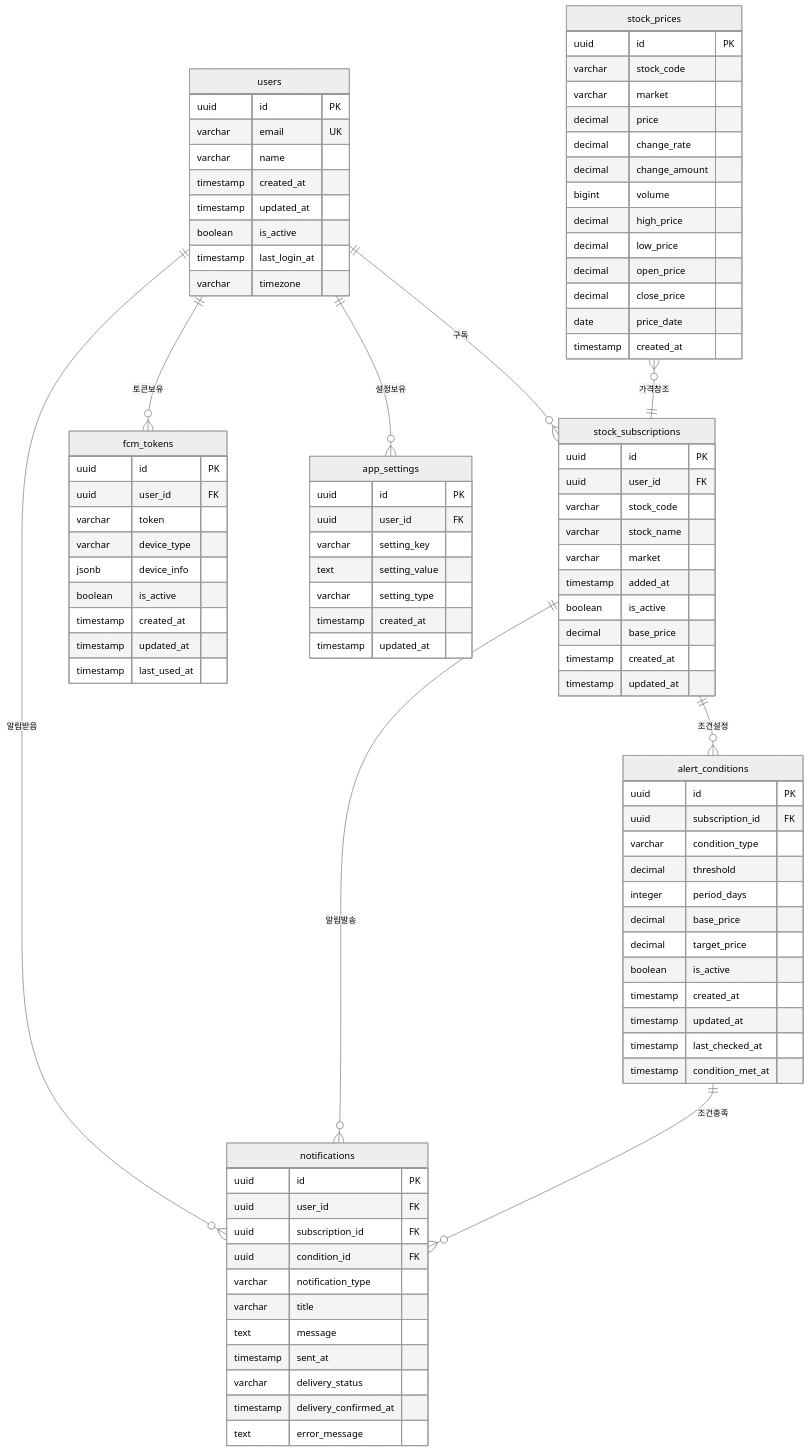
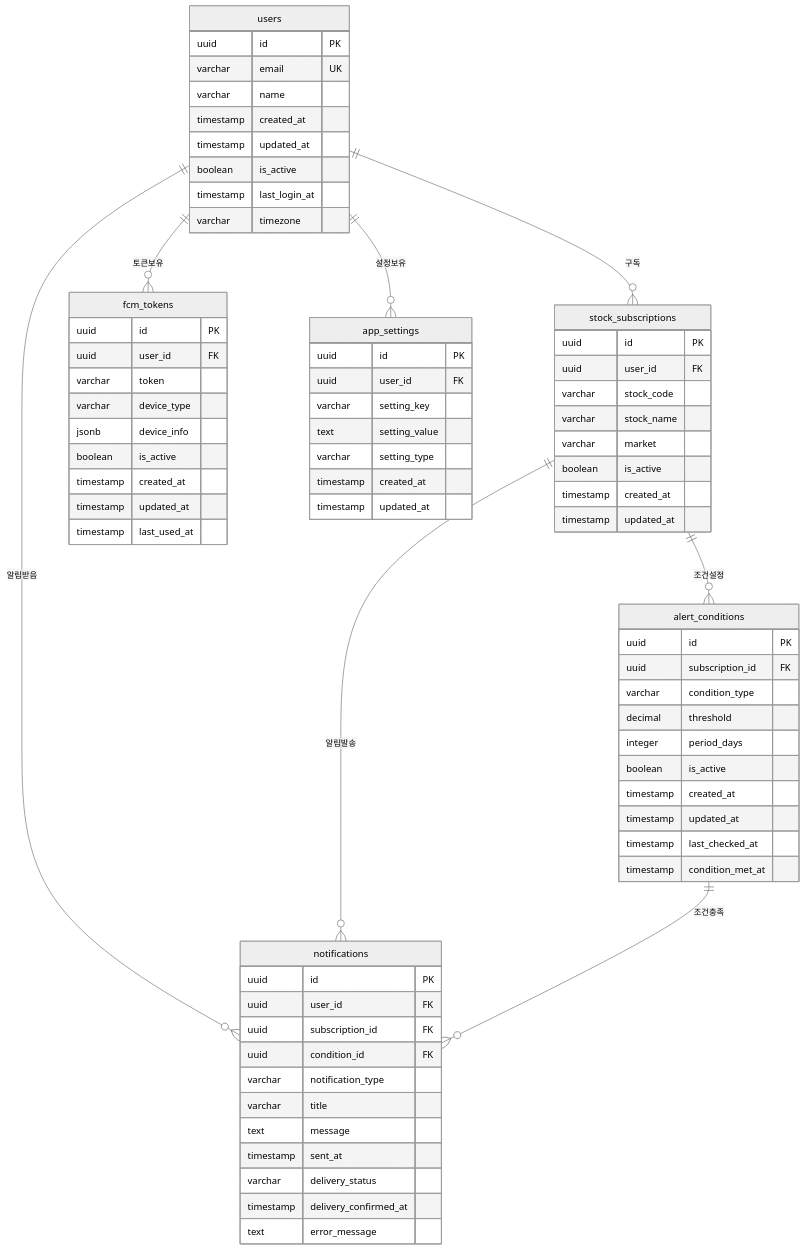
Before and after one commit to wnltns/stock-alert: the second of 9 diagrams in docs/database-diagrams.md, drawn with Mermaid (neutral theme). The commit also changed other lines of this file and 18 other files, not shown here.

```diff
--- a/docs/database-diagrams.md
+++ b/docs/database-diagrams.md
@@ -49,7 +49,6 @@
     
     alert_conditions ||--o{ notifications : "조건충족"
     
-    stock_prices }o--|| stock_subscriptions : "가격참조"
     
     users {
         uuid id PK
@@ -68,9 +67,7 @@
         varchar stock_code
         varchar stock_name
         varchar market
-        timestamp added_at
         boolean is_active
-        decimal base_price
         timestamp created_at
         timestamp updated_at
     }
@@ -81,8 +78,6 @@
         varchar condition_type
         decimal threshold
         integer period_days
-        decimal base_price
-        decimal target_price
         boolean is_active
         timestamp created_at
         timestamp updated_at
@@ -90,21 +85,6 @@
         timestamp condition_met_at
     }
     
-    stock_prices {
-        uuid id PK
-        varchar stock_code
-        varchar market
-        decimal price
-        decimal change_rate
-        decimal change_amount
-        bigint volume
-        decimal high_price
-        decimal low_price
-        decimal open_price
-        decimal close_price
-        date price_date
-        timestamp created_at
-    }
     
     notifications {
         uuid id PK
```
